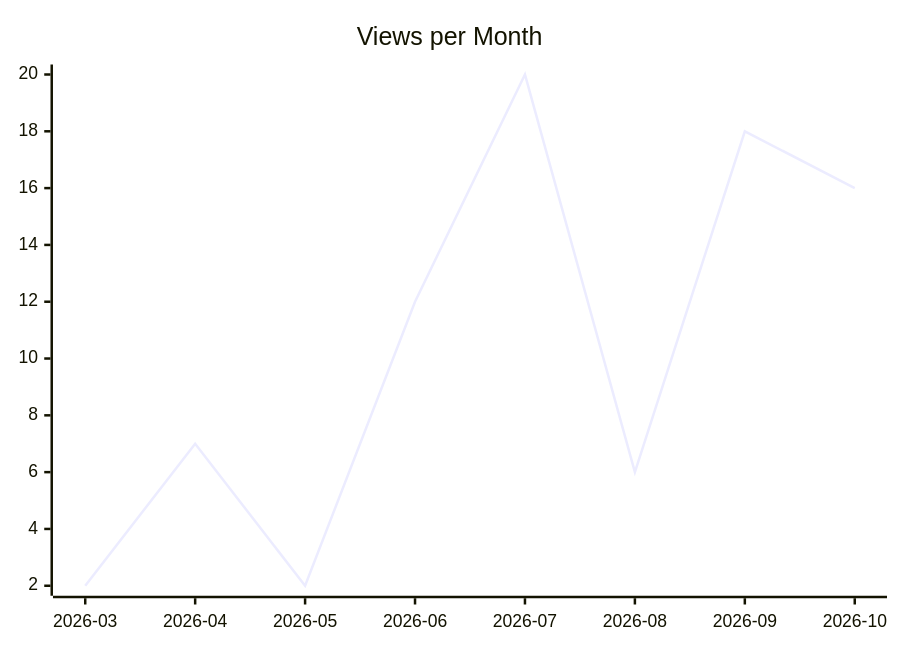
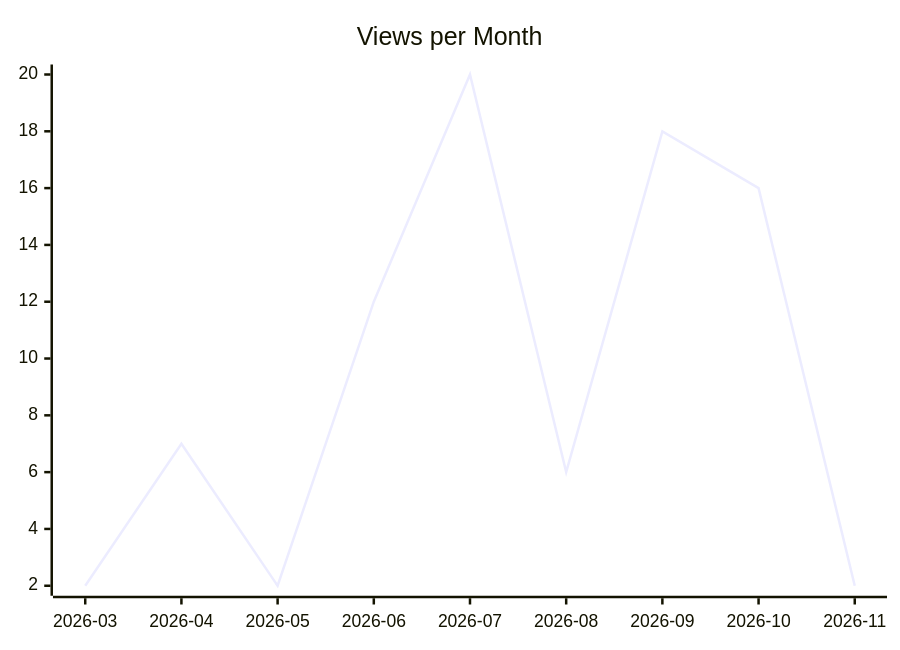
The second of 3 diagrams in karlmdavis/fhir-benchmarks/README.md (justdavis-family/github-analytics-data), drawn with Mermaid before and after one commit. The commit also changed other lines of this file and 201 other files, not shown here.

````diff
--- a/karlmdavis/fhir-benchmarks/README.md
+++ b/karlmdavis/fhir-benchmarks/README.md
@@ -12,6 +12,6 @@
 ```mermaid
 xychart-beta
   title "Views per Month"
-  x-axis ["2026-03", "2026-04", "2026-05", "2026-06", "2026-07", "2026-08", "2026-09", "2026-10"]
-  line [2, 7, 2, 12, 20, 6, 18, 16]
+  x-axis ["2026-03", "2026-04", "2026-05", "2026-06", "2026-07", "2026-08", "2026-09", "2026-10", "2026-11"]
+  line [2, 7, 2, 12, 20, 6, 18, 16, 2]
 ```
````
